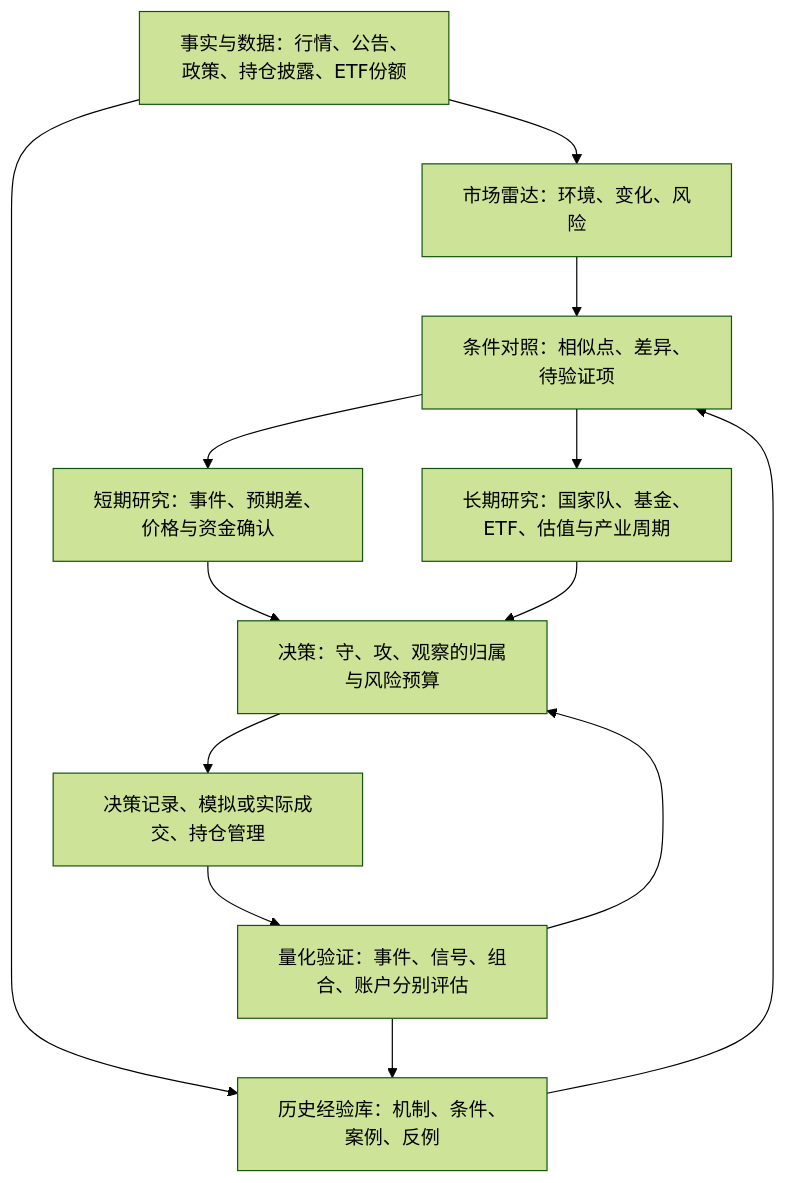
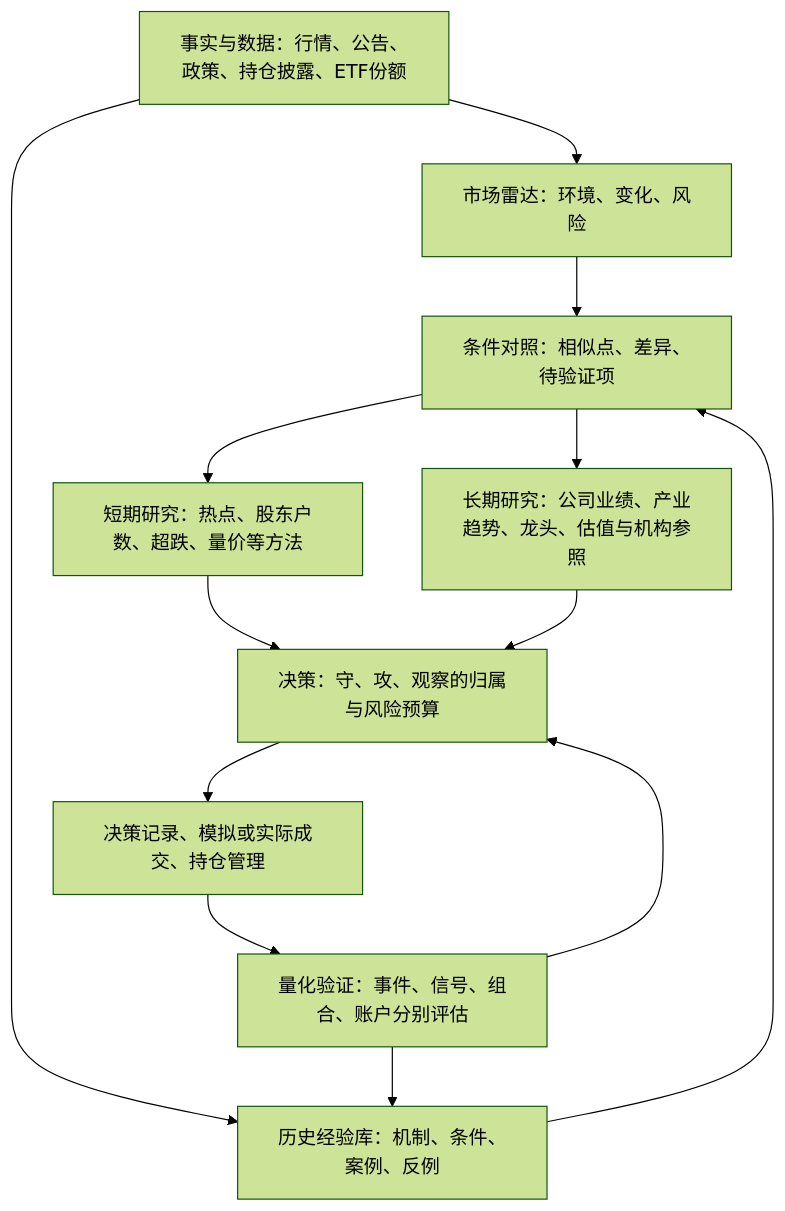
One commit to cache66/daily_stock_analysis changed the diagram in docs/个人策略文档/个人策略协同总纲.md. Above: the diagram before and after it, drawn with Mermaid (forest theme). The commit also changed other lines of this file and 10 other files, not shown here.

````diff
--- a/docs/个人策略文档/个人策略协同总纲.md
+++ b/docs/个人策略文档/个人策略协同总纲.md
@@ -14,15 +14,15 @@
 ```mermaid
 flowchart TD
     A[事实与数据：行情、公告、政策、持仓披露、ETF份额] --> B[市场雷达：环境、变化、风险]
     A --> C[历史经验库：机制、条件、案例、反例]
     B --> D[条件对照：相似点、差异、待验证项]
     C --> D
-    D --> E[短期研究：事件、预期差、价格与资金确认]
-    D --> F[长期研究：国家队、基金、ETF、估值与产业周期]
+    D --> E[短期研究：热点、股东户数、超跌、量价等方法]
+    D --> F[长期研究：公司业绩、产业趋势、龙头、估值与机构参照]
     E --> G[决策：守、攻、观察的归属与风险预算]
     F --> G
     G --> H[决策记录、模拟或实际成交、持仓管理]
     H --> I[量化验证：事件、信号、组合、账户分别评估]
     I --> C
     I --> G
 ```
````
